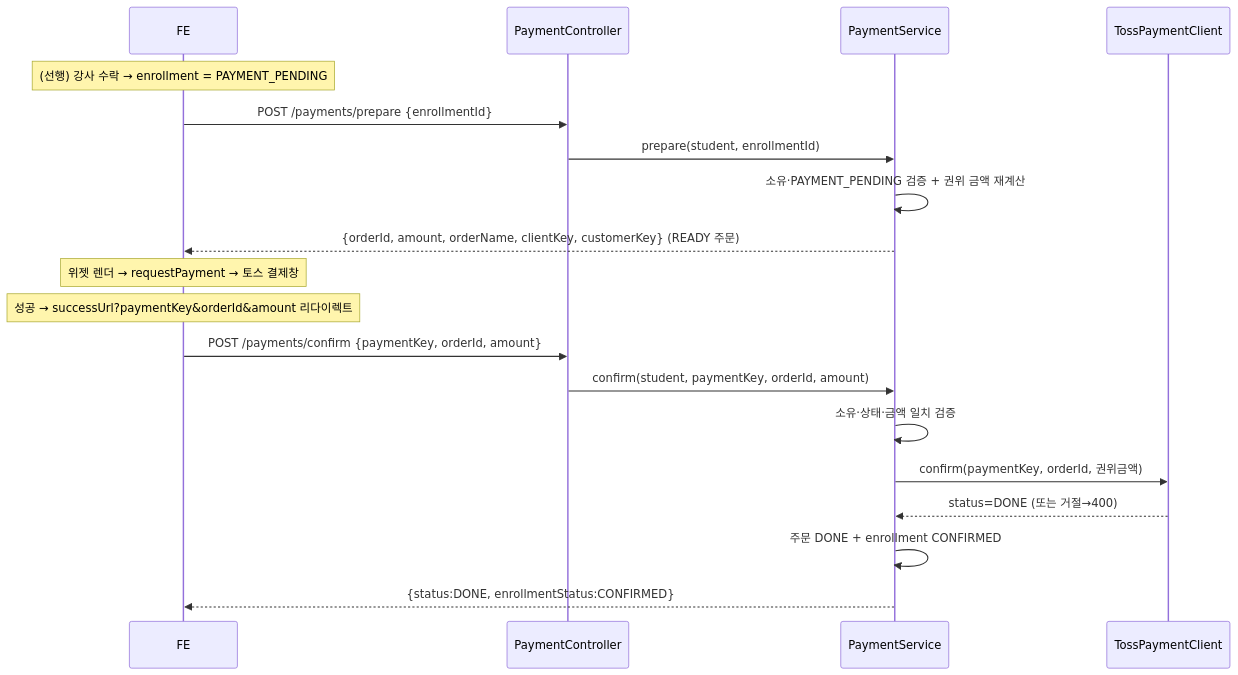
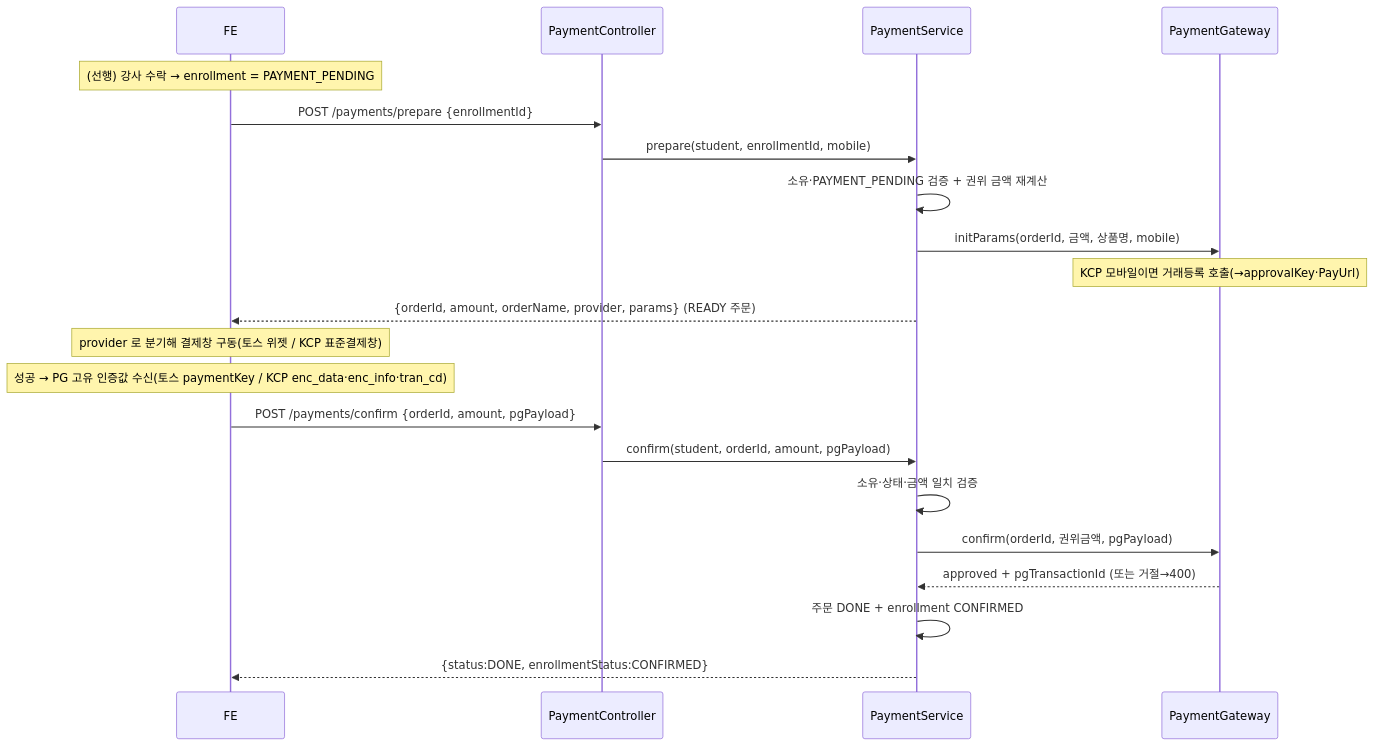
One commit to pungdong/Pungdong-Backend changed the second of 3 diagrams in docs/architecture/payment.md. Above: the diagram before and after it, drawn with Mermaid. The commit also changed other lines of this file and 3 other files, not shown here.

First line of the commit message:
Docs: 결제 PG 중립화 + KCP 표준결제 반영 (types.ts · feature · architecture)

````diff
--- a/docs/architecture/payment.md
+++ b/docs/architecture/payment.md
@@ -35,21 +38,23 @@
 ```mermaid
 sequenceDiagram
     participant FE
     participant Ctl as PaymentController
     participant Svc as PaymentService
-    participant Toss as TossPaymentClient
+    participant PG as PaymentGateway
     Note over FE: (선행) 강사 수락 → enrollment = PAYMENT_PENDING
     FE->>Ctl: POST /payments/prepare {enrollmentId}
-    Ctl->>Svc: prepare(student, enrollmentId)
+    Ctl->>Svc: prepare(student, enrollmentId, mobile)
     Svc->>Svc: 소유·PAYMENT_PENDING 검증 + 권위 금액 재계산
-    Svc-->>FE: {orderId, amount, orderName, clientKey, customerKey} (READY 주문)
-    Note over FE: 위젯 렌더 → requestPayment → 토스 결제창
-    Note over FE: 성공 → successUrl?paymentKey&orderId&amount 리다이렉트
-    FE->>Ctl: POST /payments/confirm {paymentKey, orderId, amount}
-    Ctl->>Svc: confirm(student, paymentKey, orderId, amount)
+    Svc->>PG: initParams(orderId, 금액, 상품명, mobile)
+    Note over PG: KCP 모바일이면 거래등록 호출(→approvalKey·PayUrl)
+    Svc-->>FE: {orderId, amount, orderName, provider, params} (READY 주문)
+    Note over FE: provider 로 분기해 결제창 구동(토스 위젯 / KCP 표준결제창)
+    Note over FE: 성공 → PG 고유 인증값 수신(토스 paymentKey / KCP enc_data·enc_info·tran_cd)
+    FE->>Ctl: POST /payments/confirm {orderId, amount, pgPayload}
+    Ctl->>Svc: confirm(student, orderId, amount, pgPayload)
     Svc->>Svc: 소유·상태·금액 일치 검증
-    Svc->>Toss: confirm(paymentKey, orderId, 권위금액)
-    Toss-->>Svc: status=DONE (또는 거절→400)
+    Svc->>PG: confirm(orderId, 권위금액, pgPayload)
+    PG-->>Svc: approved + pgTransactionId (또는 거절→400)
     Svc->>Svc: 주문 DONE + enrollment CONFIRMED
     Svc-->>FE: {status:DONE, enrollmentStatus:CONFIRMED}
 ```
````
